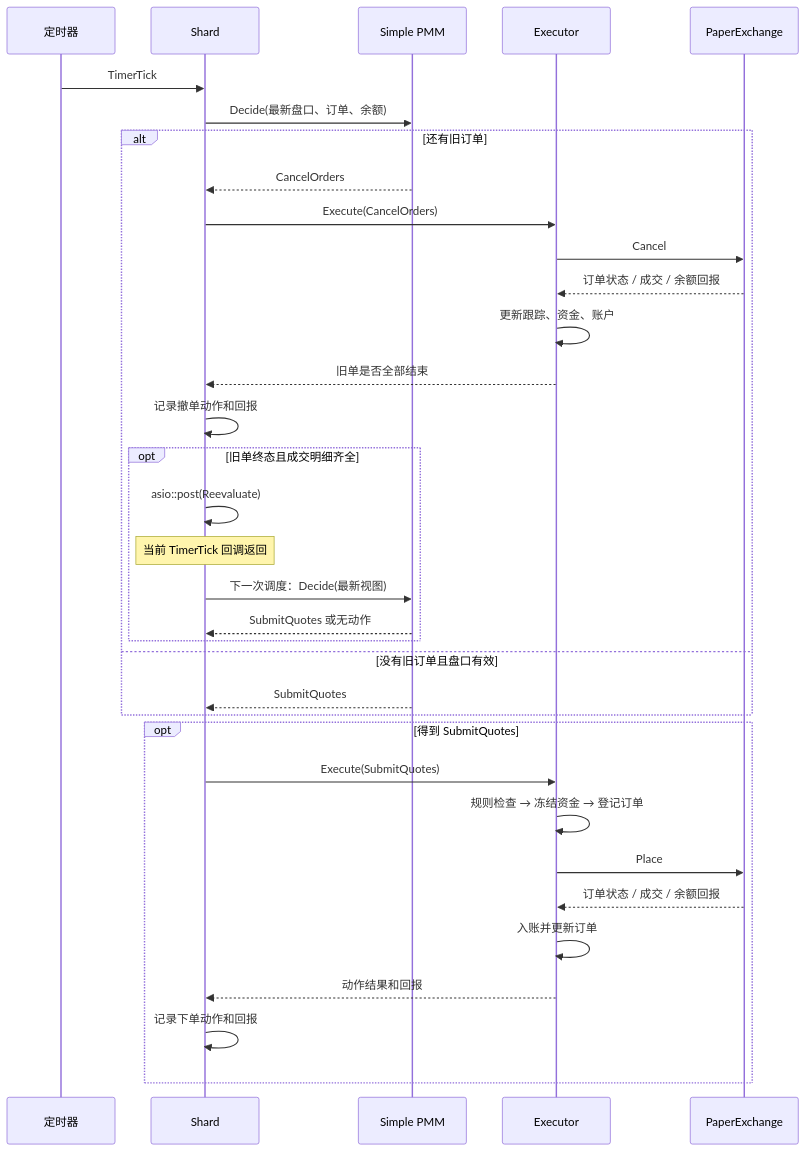
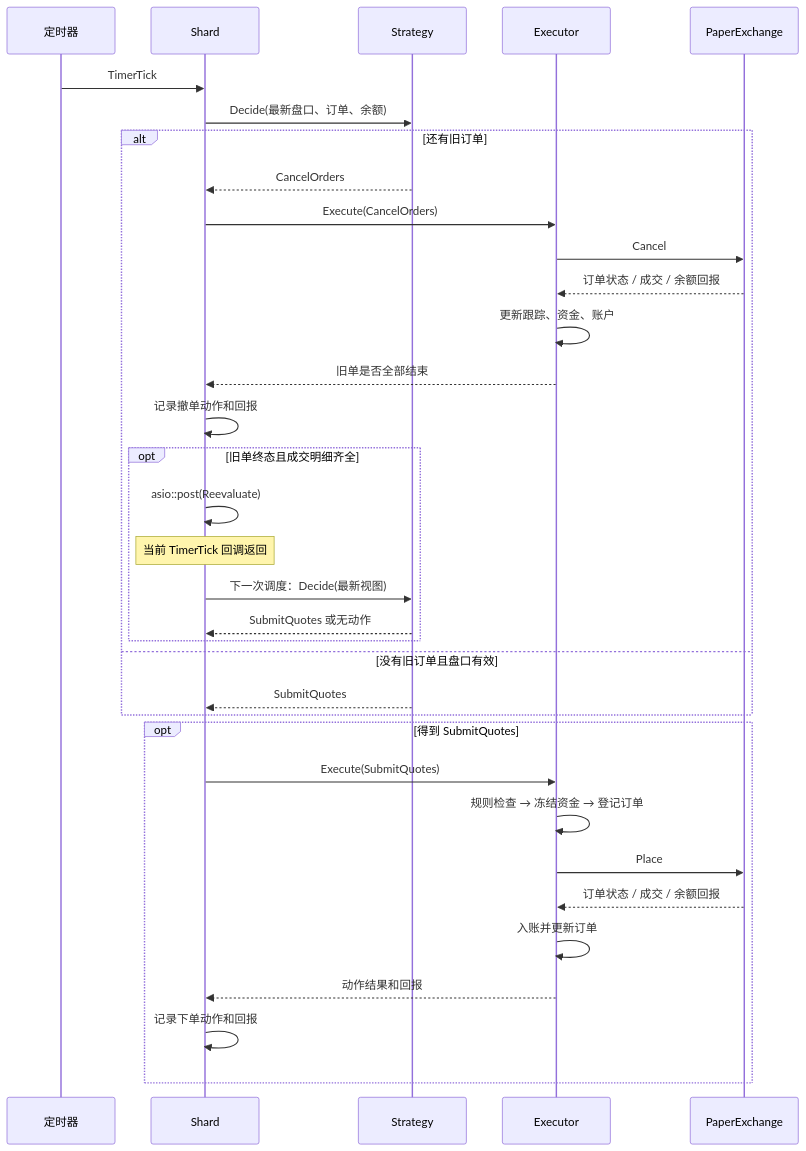
Before and after one commit to larrystd/hbot-quant: the fourth of 6 diagrams in docs/DESIGN.md, drawn with Mermaid. The commit also changed other lines of this file, not shown here.

Commit message:
Name the v1 quoting module Strategy

```diff
--- a/docs/DESIGN.md
+++ b/docs/DESIGN.md
@@ -245,36 +245,36 @@
 ~~~mermaid
 sequenceDiagram
     participant T as 定时器
     participant S as Shard
-    participant P as Simple PMM
+    participant P as Strategy
     participant E as Executor
     participant X as PaperExchange
     T->>S: TimerTick
     S->>P: Decide(最新盘口、订单、余额)
     alt 还有旧订单
         P-->>S: CancelOrders
         S->>E: Execute(CancelOrders)
         E->>X: Cancel
         X-->>E: 订单状态 / 成交 / 余额回报
         E->>E: 更新跟踪、资金、账户
         E-->>S: 旧单是否全部结束
         S->>S: 记录撤单动作和回报
         opt 旧单终态且成交明细齐全
             S->>S: asio::post(Reevaluate)
             Note over S: 当前 TimerTick 回调返回
             S->>P: 下一次调度：Decide(最新视图)
             P-->>S: SubmitQuotes 或无动作
         end
     else 没有旧订单且盘口有效
         P-->>S: SubmitQuotes
     end
     opt 得到 SubmitQuotes
         S->>E: Execute(SubmitQuotes)
         E->>E: 规则检查 → 冻结资金 → 登记订单
         E->>X: Place
         X-->>E: 订单状态 / 成交 / 余额回报
         E->>E: 入账并更新订单
         E-->>S: 动作结果和回报
         S->>S: 记录下单动作和回报
     end
 ~~~
```
